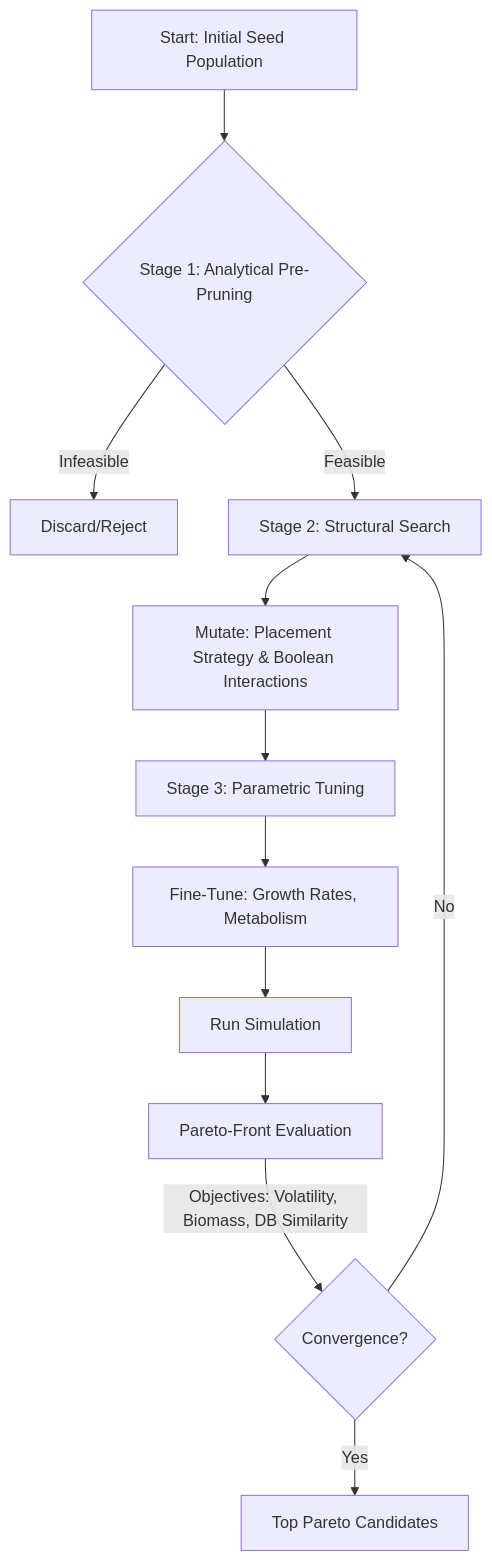
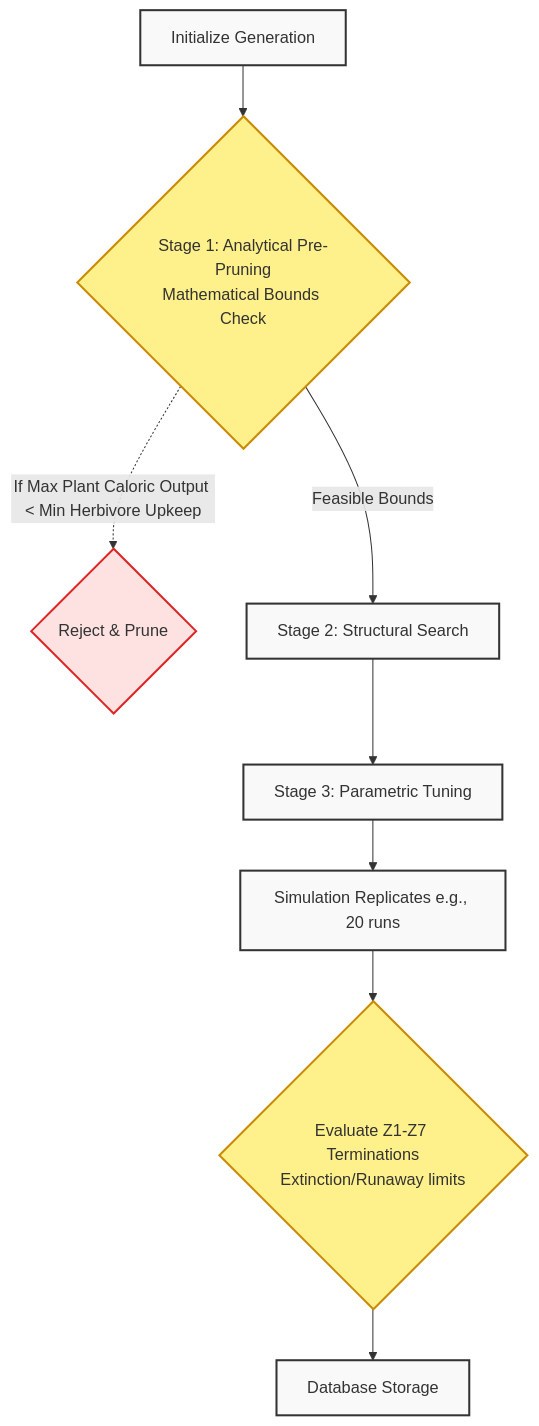
One commit to foersben/PHIDS changed the second of 5 diagrams in docs/scenario_guide/design_space_exploration.md. Above: the diagram before and after it, drawn with Mermaid. The commit also changed other lines of this file and 2 other files, not shown here.

Commit message:
docs: Update Design Space Exploration documentation and add architectural diagrams

````diff
--- a/docs/scenario_guide/design_space_exploration.md
+++ b/docs/scenario_guide/design_space_exploration.md
@@ -23,14 +57,17 @@
 ```mermaid
 graph TD
-    A[Start: Initial Seed Population] --> B{Stage 1: Analytical Pre-Pruning}
-    B -- Infeasible --> C[Discard/Reject]
-    B -- Feasible --> D[Stage 2: Structural Search]
-    D --> E[Mutate: Placement Strategy & Boolean Interactions]
-    E --> F[Stage 3: Parametric Tuning]
-    F --> G[Fine-Tune: Growth Rates, Metabolism]
-    G --> H[Run Simulation]
-    H --> I[Pareto-Front Evaluation]
-    I -->|Objectives: Volatility, Biomass, DB Similarity| J{Convergence?}
-    J -- No --> D
-    J -- Yes --> K[Top Pareto Candidates]
+    A[Initialize Generation] --> B{Stage 1: Analytical Pre-Pruning<br/>Mathematical Bounds Check}
+    B -.->|If Max Plant Caloric Output < Min Herbivore Upkeep| C{Reject & Prune}
+    B -->|Feasible Bounds| D[Stage 2: Structural Search]
+    D --> E[Stage 3: Parametric Tuning]
+    E --> F[Simulation Replicates e.g., 20 runs]
+    F --> G{Evaluate Z1-Z7 Terminations<br/>Extinction/Runaway limits}
+    G --> H[Database Storage]
+
+    classDef default fill:#f9f9f9,stroke:#333,stroke-width:2px;
+    classDef decision fill:#fef08a,stroke:#ca8a04,stroke-width:2px;
+    classDef prune fill:#fee2e2,stroke:#dc2626,stroke-width:2px;
+
+    class B,G decision;
+    class C prune;
 ```
````
